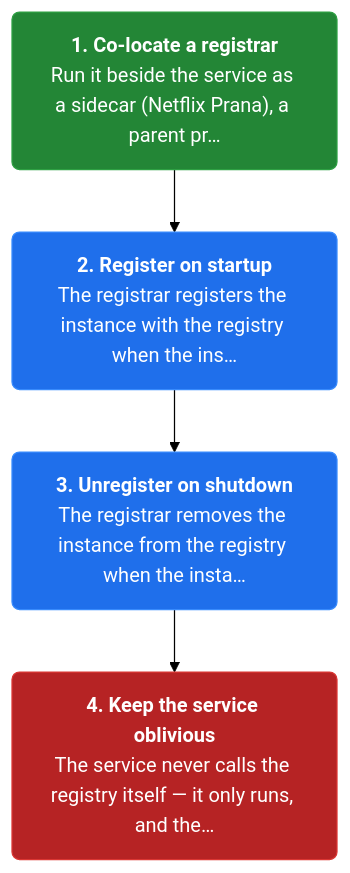
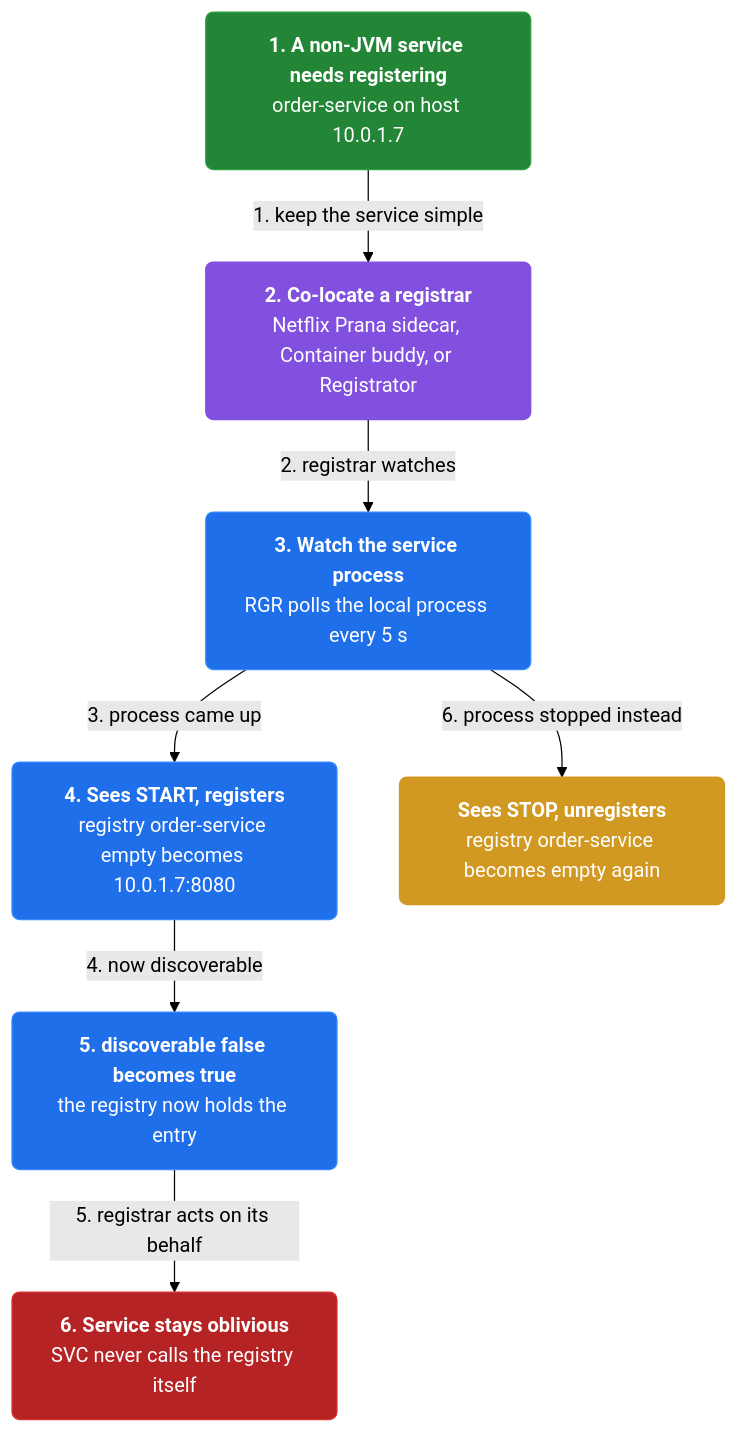
Before and after one commit to vinayakuber/microservices-io-study-guide: the second of 3 diagrams in docs/ch08-third-party-registration.md, drawn with Mermaid (forest theme). The commit also changed other lines of this file and 46 other files, not shown here.

First line of the commit message:
Author rich branching flow diagrams for all 44 chapters

````diff
--- a/docs/ch08-third-party-registration.md
+++ b/docs/ch08-third-party-registration.md
@@ -57,13 +69,21 @@
 ```mermaid
 flowchart TD
-  classDef step fill:#1f6feb,color:#ffffff,stroke:#388bfd,stroke-width:1px,rx:6
+  classDef step fill:#1f6feb,color:#ffffff,stroke:#388bfd,rx:6
+  classDef core fill:#8250df,color:#ffffff,stroke:#8250df,rx:6
+  classDef warn fill:#d29922,color:#ffffff,stroke:#d29922,rx:6
   classDef start fill:#238636,color:#ffffff,stroke:#2ea043,rx:6
   classDef stop fill:#b62324,color:#ffffff,stroke:#da3633,rx:6
-  s1n0["<b>1. Co-locate a registrar</b><br/>Run it beside the service as a sidecar (Netflix Prana), a parent pr…"]:::start
-  s1n1["<b>2. Register on startup</b><br/>The registrar registers the instance with the registry when the ins…"]:::step
-  s1n2["<b>3. Unregister on shutdown</b><br/>The registrar removes the instance from the registry when the insta…"]:::step
-  s1n3["<b>4. Keep the service oblivious</b><br/>The service never calls the registry itself — it only runs, and the…"]:::stop
-  s1n0 --> s1n1
-  s1n1 --> s1n2
-  s1n2 --> s1n3
+  n0["<b>1. A non-JVM service needs registering</b><br/>order-service on host 10.0.1.7"]:::start
+  n1["<b>2. Co-locate a registrar</b><br/>Netflix Prana sidecar, Container buddy, or Registrator"]:::core
+  n2["<b>3. Watch the service process</b><br/>RGR polls the local process every 5 s"]:::step
+  n3["<b>4. Sees START, registers</b><br/>registry order-service empty becomes 10.0.1.7:8080"]:::step
+  n4["<b>5. discoverable false becomes true</b><br/>the registry now holds the entry"]:::step
+  n5["<b>6. Service stays oblivious</b><br/>SVC never calls the registry itself"]:::stop
+  n6["<b>Sees STOP, unregisters</b><br/>registry order-service becomes empty again"]:::warn
+  n0 -->|"1. keep the service simple"| n1
+  n1 -->|"2. registrar watches"| n2
+  n2 -->|"3. process came up"| n3
+  n3 -->|"4. now discoverable"| n4
+  n4 -->|"5. registrar acts on its behalf"| n5
+  n2 -->|"6. process stopped instead"| n6
 ```
````
